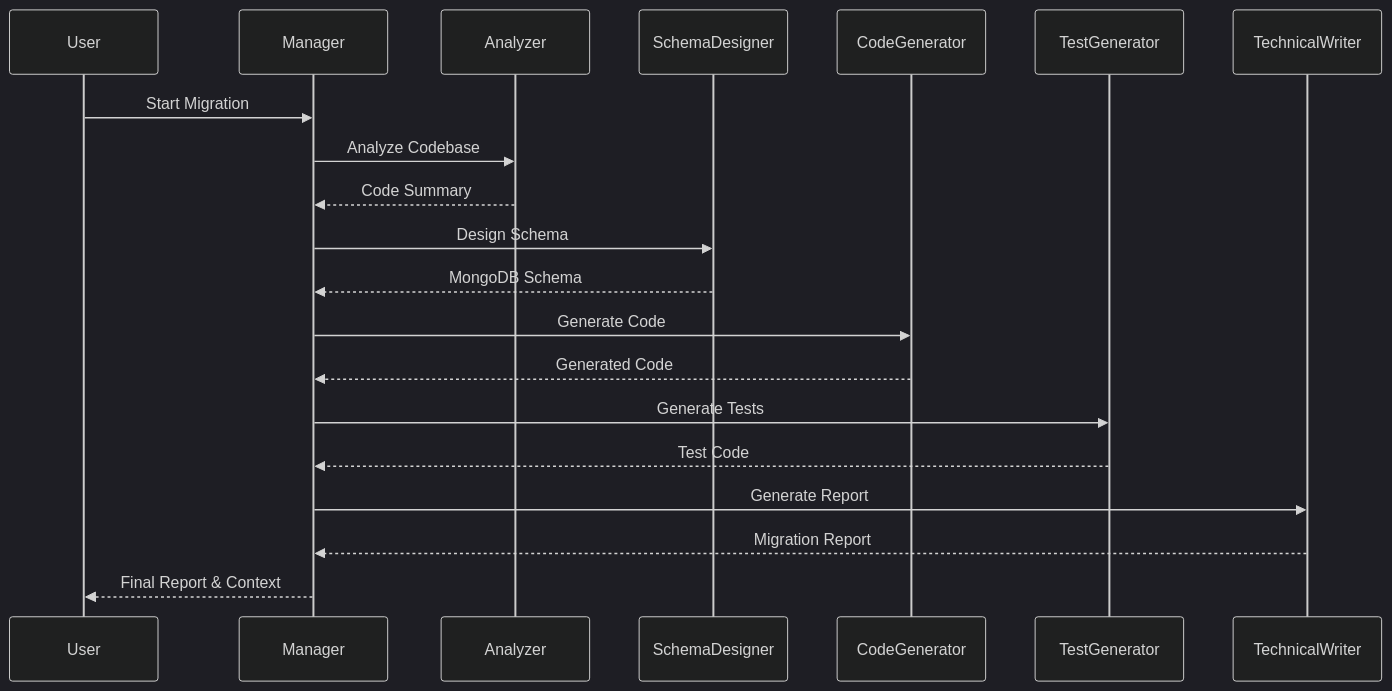
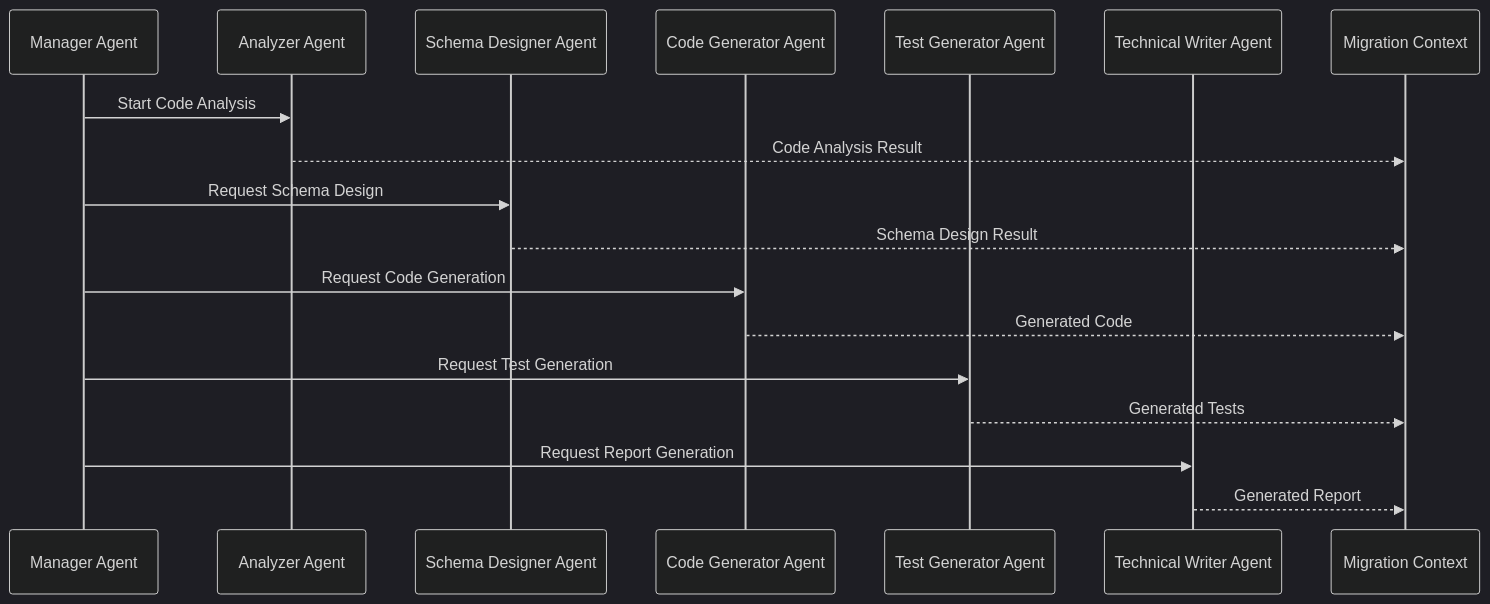
Before and after one commit to MohMaz/mongo-db-migrator: the second of 2 diagrams in README.md, drawn with Mermaid (dark theme). The commit also changed other lines of this file and 9 other files, not shown here.

````diff
--- a/README.md
+++ b/README.md
@@ -169,23 +167,25 @@
 ```mermaid
 sequenceDiagram
-    participant User
-    participant Manager
-    participant Analyzer
-    participant SchemaDesigner
-    participant CodeGenerator
-    participant TestGenerator
-    participant TechnicalWriter
+    participant ManagerAgent as Manager Agent
+    participant AnalyzerAgent as Analyzer Agent
+    participant SchemaDesignerAgent as Schema Designer Agent
+    participant CodeGeneratorAgent as Code Generator Agent
+    participant TestGeneratorAgent as Test Generator Agent
+    participant TechnicalWriterAgent as Technical Writer Agent
+    participant MigrationContext as Migration Context
 
-    User->>Manager: Start Migration
-    Manager->>Analyzer: Analyze Codebase
-    Analyzer-->>Manager: Code Summary
-    Manager->>SchemaDesigner: Design Schema
-    SchemaDesigner-->>Manager: MongoDB Schema
-    Manager->>CodeGenerator: Generate Code
-    CodeGenerator-->>Manager: Generated Code
-    Manager->>TestGenerator: Generate Tests
-    TestGenerator-->>Manager: Test Code
-    Manager->>TechnicalWriter: Generate Report
-    TechnicalWriter-->>Manager: Migration Report
-    Manager-->>User: Final Report & Context
+    ManagerAgent->>AnalyzerAgent: Start Code Analysis
+    AnalyzerAgent-->>MigrationContext: Code Analysis Result
+
+    ManagerAgent->>SchemaDesignerAgent: Request Schema Design
+    SchemaDesignerAgent-->>MigrationContext: Schema Design Result
+
+    ManagerAgent->>CodeGeneratorAgent: Request Code Generation
+    CodeGeneratorAgent-->>MigrationContext: Generated Code
+
+    ManagerAgent->>TestGeneratorAgent: Request Test Generation
+    TestGeneratorAgent-->>MigrationContext: Generated Tests
+
+    ManagerAgent->>TechnicalWriterAgent: Request Report Generation
+    TechnicalWriterAgent-->>MigrationContext: Generated Report
 ```
````
